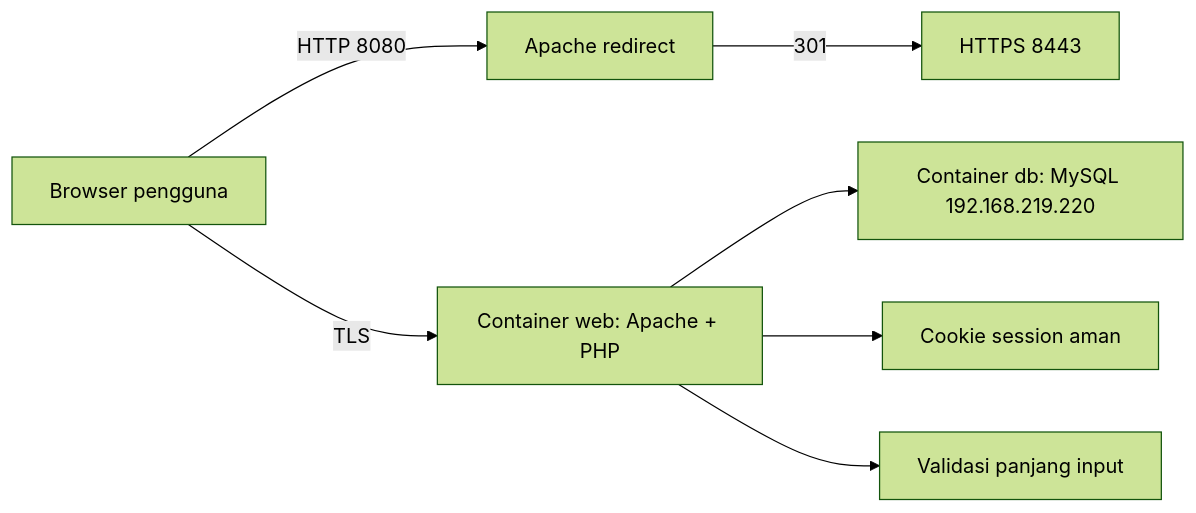
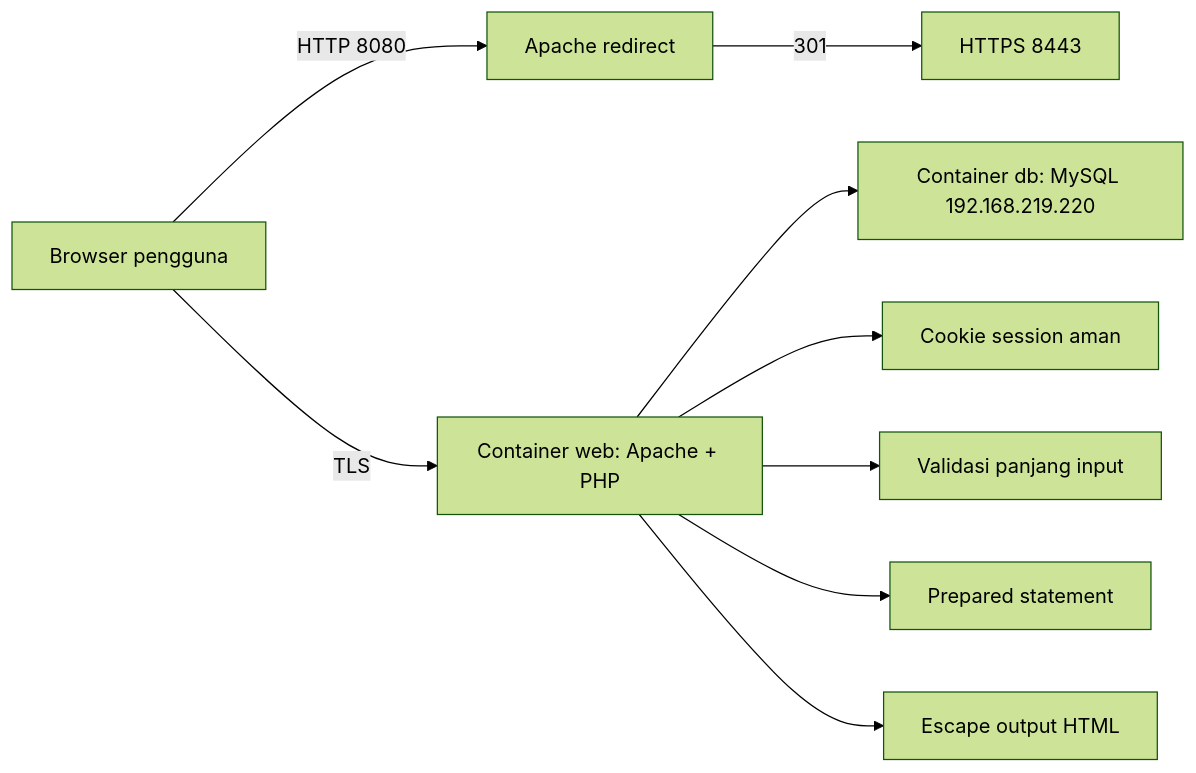
The diagram in docs/DOKUMENTASI_APLIKASI.md (ArdeezYy/mawang_clo2), drawn with Mermaid (forest theme) before and after one commit. The commit also changed other lines of this file and 6 other files, not shown here.

````diff
--- a/docs/DOKUMENTASI_APLIKASI.md
+++ b/docs/DOKUMENTASI_APLIKASI.md
@@ -50,9 +52,11 @@
 ```mermaid
 flowchart LR
     Browser["Browser pengguna"] -->|HTTP 8080| Redirect["Apache redirect"]
     Redirect -->|301| HTTPS["HTTPS 8443"]
     Browser -->|TLS| Web["Container web: Apache + PHP"]
     Web --> DB["Container db: MySQL 192.168.219.220"]
     Web --> Session["Cookie session aman"]
     Web --> Limit["Validasi panjang input"]
+    Web --> SQLi["Prepared statement"]
+    Web --> XSS["Escape output HTML"]
 ```
````
